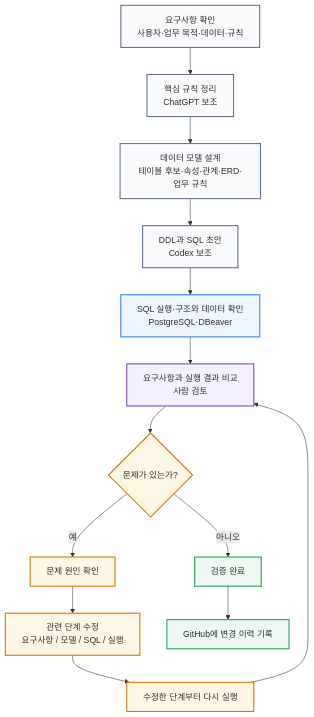
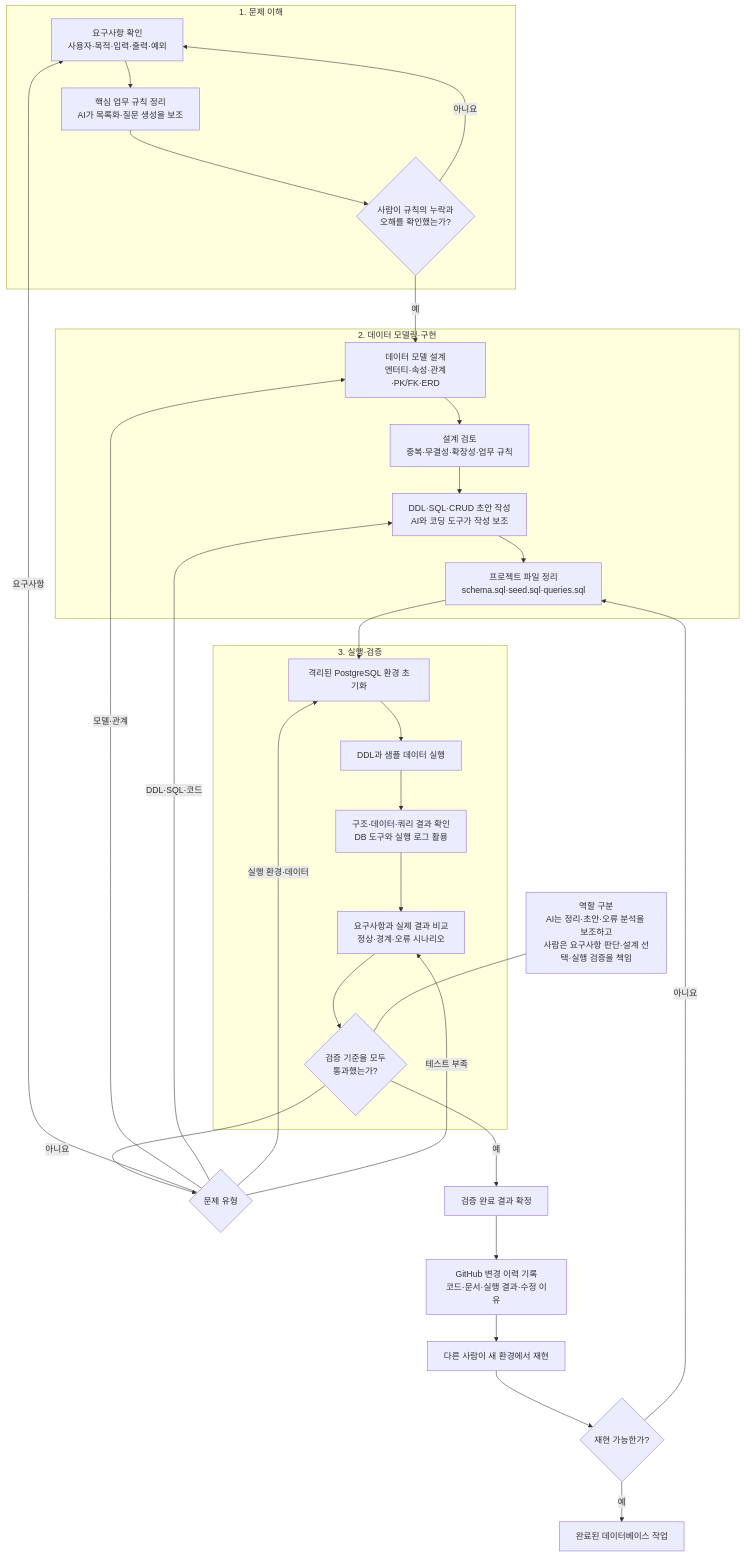
The diagram in images/chapter01/ch01_03_ai_db_learning_flow.mmd (GilbertMoon/ai-database-book), drawn with Mermaid before and after one commit.

Commit message:
Refine chapter 1 AI database workflow source

```diff
--- a/images/chapter01/ch01_03_ai_db_learning_flow.mmd
+++ b/images/chapter01/ch01_03_ai_db_learning_flow.mmd
@@ -1,27 +1,39 @@
-flowchart TD
-    A[요구사항 확인<br/>사용자·업무 목적·데이터·규칙] --> B[핵심 규칙 정리<br/>ChatGPT 보조]
-    B --> C[데이터 모델 설계<br/>테이블 후보·속성·관계·ERD·업무 규칙]
-    C --> D[DDL과 SQL 초안<br/>Codex 보조]
-    D --> E[SQL 실행·구조와 데이터 확인<br/>PostgreSQL·DBeaver]
-    E --> F[요구사항과 실행 결과 비교<br/>사람 검토]
-    F --> G{문제가 있는가?}
+flowchart TB
+    subgraph UNDERSTAND[1. 문제 이해]
+        A[요구사항 확인<br/>사용자·목적·입력·출력·예외] --> B[핵심 업무 규칙 정리<br/>AI가 목록화·질문 생성을 보조]
+        B --> C{사람이 규칙의 누락과<br/>오해를 확인했는가?}
+        C -- 아니요 --> A
+    end
 
-    G -- 예 --> H[문제 원인 확인]
-    H --> I[관련 단계 수정<br/>요구사항 / 모델 / SQL / 실행]
-    I --> J[수정한 단계부터 다시 실행]
-    J --> F
+    C -- 예 --> D
 
-    G -- 아니오 --> K[검증 완료]
-    K --> L[GitHub에 변경 이력 기록]
+    subgraph BUILD[2. 데이터 모델링·구현]
+        D[데이터 모델 설계<br/>엔터티·속성·관계·PK/FK·ERD] --> E[설계 검토<br/>중복·무결성·확장성·업무 규칙]
+        E --> F[DDL·SQL·CRUD 초안 작성<br/>AI와 코딩 도구가 작성 보조]
+        F --> G[프로젝트 파일 정리<br/>schema.sql·seed.sql·queries.sql]
+    end
 
-    classDef step fill:#f8fafc,stroke:#64748b,stroke-width:2px;
-    classDef execute fill:#eef5ff,stroke:#3b82f6,stroke-width:2px;
-    classDef human fill:#f5f0ff,stroke:#7c4dcb,stroke-width:2px;
-    classDef decision fill:#fff7e6,stroke:#d97706,stroke-width:2px;
-    classDef complete fill:#eef9f1,stroke:#2f9a58,stroke-width:2px;
+    G --> H
 
-    class A,B,C,D step;
-    class E execute;
-    class F human;
-    class G,H,I,J decision;
-    class K,L complete;
+    subgraph VERIFY[3. 실행·검증]
+        H[격리된 PostgreSQL 환경 초기화] --> I[DDL과 샘플 데이터 실행]
+        I --> J[구조·데이터·쿼리 결과 확인<br/>DB 도구와 실행 로그 활용]
+        J --> K[요구사항과 실제 결과 비교<br/>정상·경계·오류 시나리오]
+        K --> L{검증 기준을 모두<br/>통과했는가?}
+    end
+
+    L -- 아니요 --> M{문제 유형}
+    M -- 요구사항 --> A
+    M -- 모델·관계 --> D
+    M -- DDL·SQL·코드 --> F
+    M -- 실행 환경·데이터 --> H
+    M -- 테스트 부족 --> K
+
+    L -- 예 --> N[검증 완료 결과 확정]
+    N --> O[GitHub 변경 이력 기록<br/>코드·문서·실행 결과·수정 이유]
+    O --> P[다른 사람이 새 환경에서 재현]
+    P --> Q{재현 가능한가?}
+    Q -- 아니요 --> G
+    Q -- 예 --> R[완료된 데이터베이스 작업]
+
+    X[역할 구분<br/>AI는 정리·초안·오류 분석을 보조하고<br/>사람은 요구사항 판단·설계 선택·실행 검증을 책임] --- L
```
